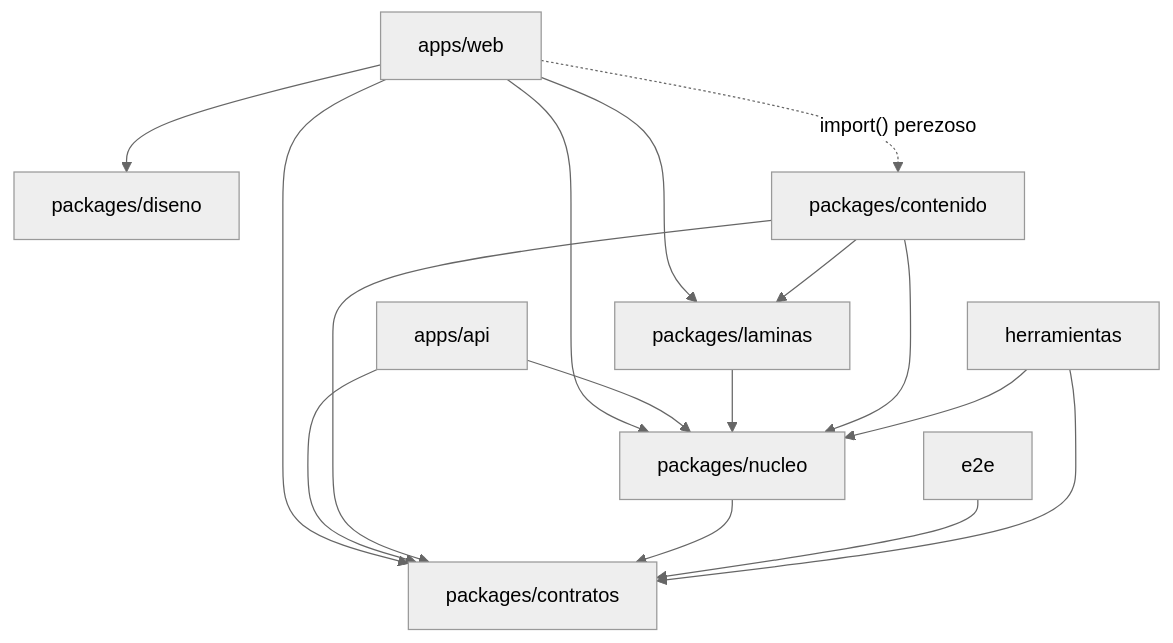
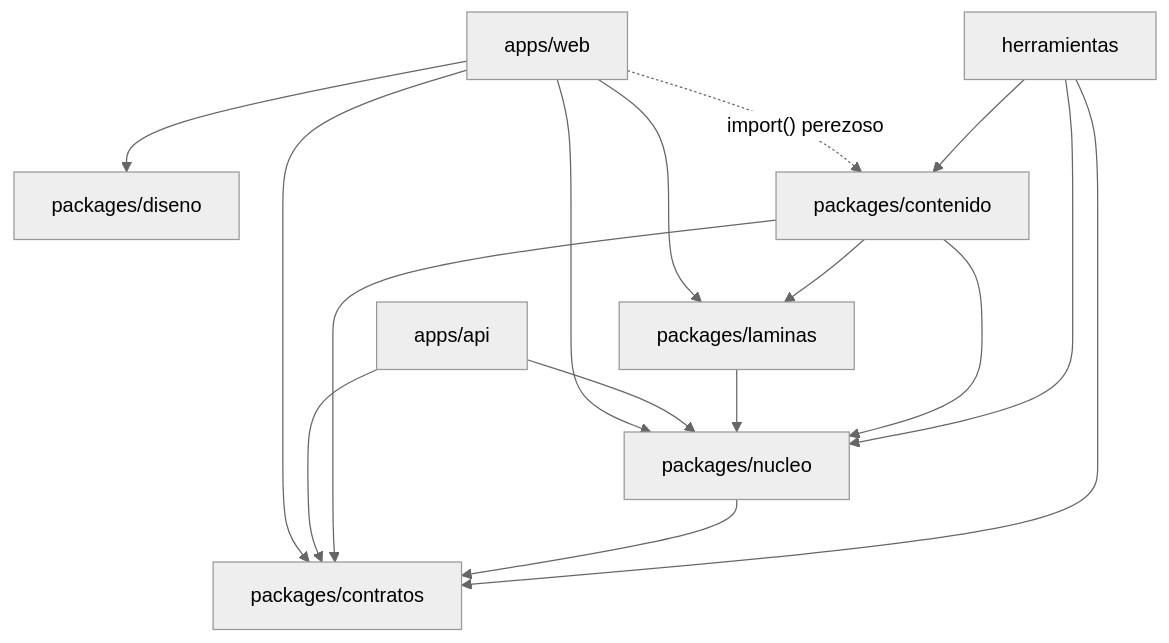
One commit to antoniofcano/mis-cosas changed the second of 6 diagrams in nautica/docs/arquitectura/ARQUITECTURA-V2.md. Above: the diagram before and after it, drawn with Mermaid (neutral theme). The commit also changed other lines of this file and 29 other files, not shown here.

````diff
--- a/nautica/docs/arquitectura/ARQUITECTURA-V2.md
+++ b/nautica/docs/arquitectura/ARQUITECTURA-V2.md
@@ -97,20 +129,20 @@
 ```mermaid
 flowchart TD
   web["apps/web"] --> diseno
   web --> nucleo
   web --> laminas
   web --> contratos
   web -. "import() perezoso" .-> contenido
   api["apps/api"] --> nucleo
   api --> contratos
   diseno["packages/diseno"]
   laminas["packages/laminas"] --> nucleo
   contenido["packages/contenido"] --> nucleo
   contenido --> laminas
   contenido --> contratos
   nucleo["packages/nucleo"] --> contratos
   contratos["packages/contratos"]
-  e2e --> contratos
   herramientas --> nucleo
+  herramientas --> contenido
   herramientas --> contratos
 ```
````
